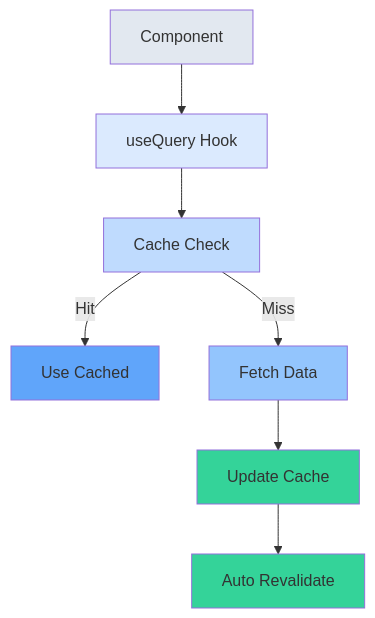
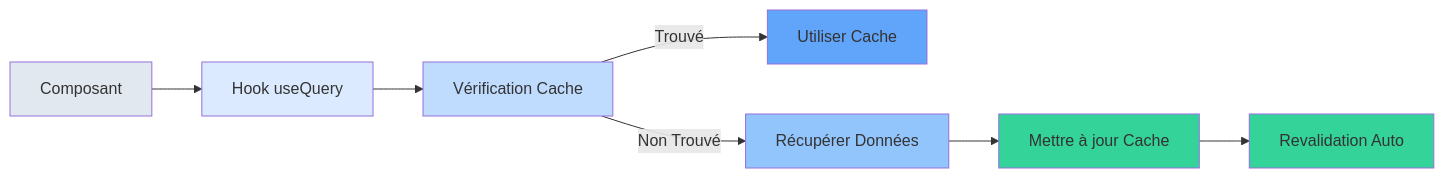
The second of 3 diagrams in pages/44-backend.md (mianala/rn-intro-slides), drawn with Mermaid before and after one commit. The commit also changed other lines of this file and 354 other files, not shown here.

````diff
--- a/pages/44-backend.md
+++ b/pages/44-backend.md
@@ -240,17 +179,17 @@
 ```mermaid
-graph TD
-    A1[Component] --> B1[useQuery Hook]
-    B1 --> C1[Cache Check]
-    C1 -->|Hit| D1[Use Cached]
-    C1 -->|Miss| E1[Fetch Data]
-    E1 --> F1[Update Cache]
-    F1 --> G1[Auto Revalidate]
-    
+graph LR
+    A1[Composant] --> B1[Hook useQuery]
+    B1 --> C1[Vérification Cache]
+    C1 -->|Trouvé| D1[Utiliser Cache]
+    C1 -->|Non Trouvé| E1[Récupérer Données]
+    E1 --> F1[Mettre à jour Cache]
+    F1 --> G1[Revalidation Auto]
+
     style A1 fill:#e2e8f0
     style B1 fill:#dbeafe
     style C1 fill:#bfdbfe
     style D1 fill:#60a5fa
     style E1 fill:#93c5fd
     style F1 fill:#34d399
     style G1 fill:#34d399
 ```
````
